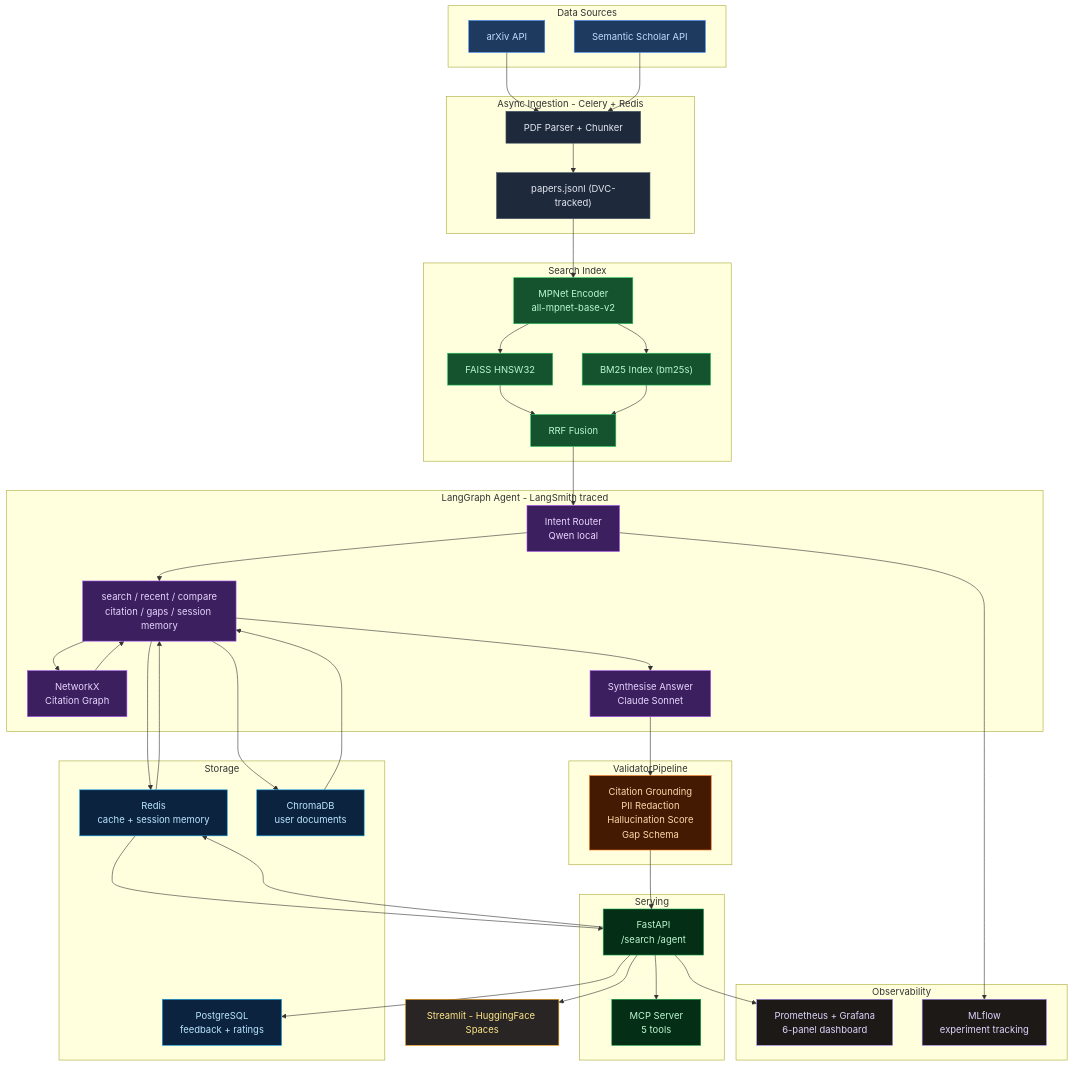
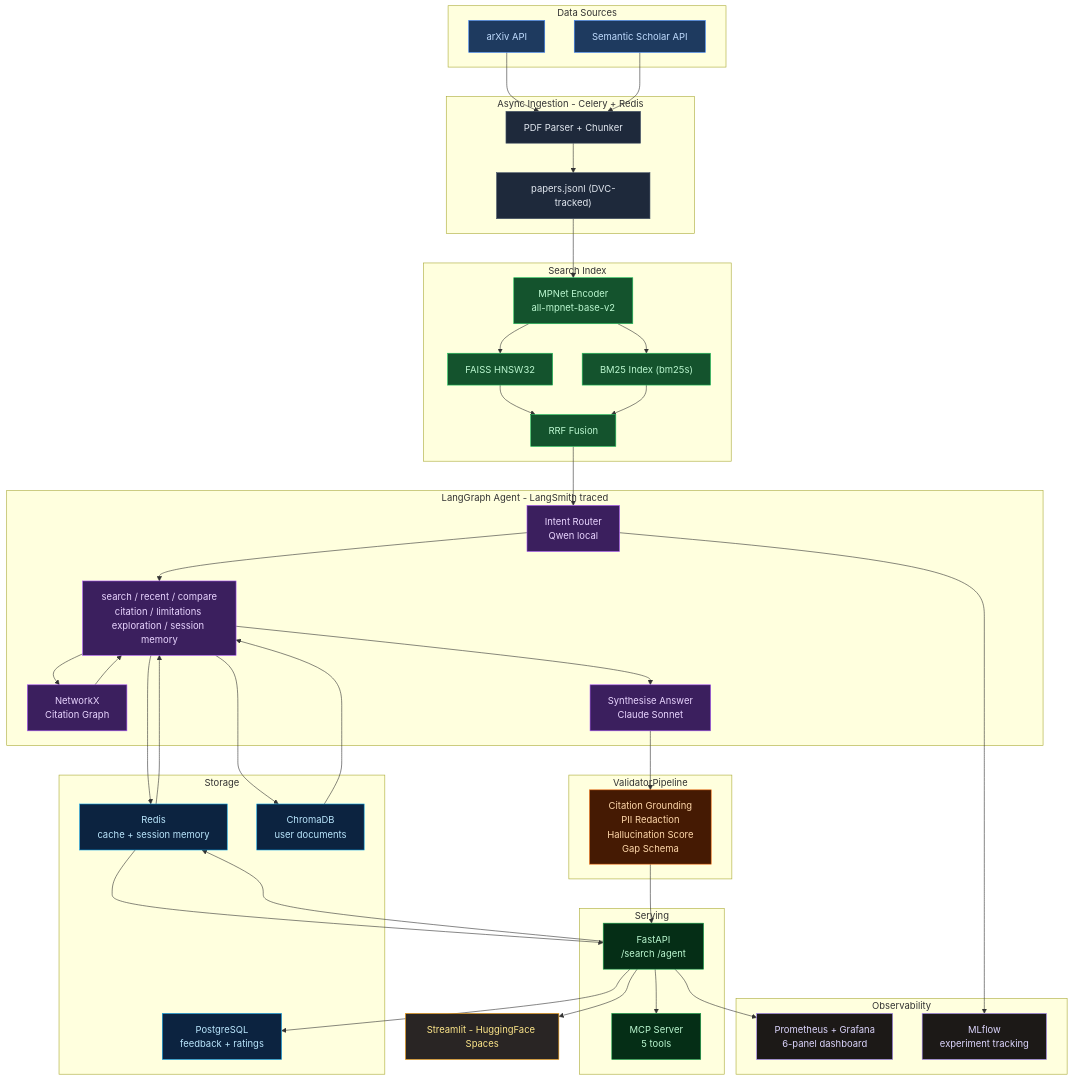
One commit to stharajkiran/ResearchMind changed the second of 2 diagrams in README.md. Above: the diagram before and after it, drawn with Mermaid. The commit also changed other lines of this file and 29 other files, not shown here.

```diff
--- a/README.md
+++ b/README.md
@@ -130,7 +311,7 @@
 
     subgraph Agent["LangGraph Agent - LangSmith traced"]
         Router["Intent Router\nQwen local"]
-        Tools["search / recent / compare\ncitation / gaps / session memory"]
+        Tools["search / recent / compare\ncitation / limitations exploration / session memory"]
         NX["NetworkX\nCitation Graph"]
         Synth["Synthesise Answer\nClaude Sonnet"]
     end
```
